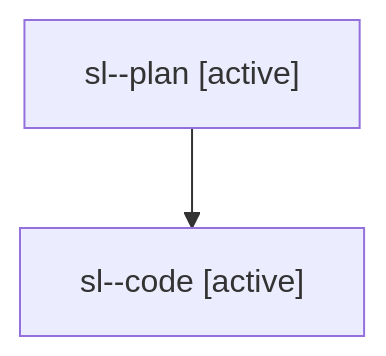
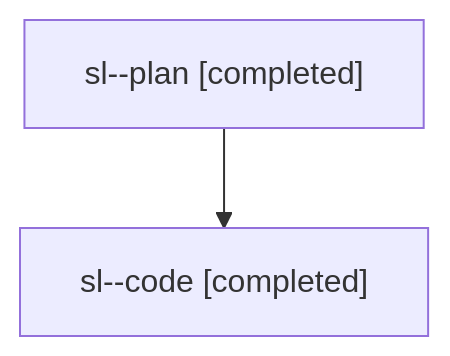
The diagram in families/bbugyi200.athena.sl.md (sase-org/sase--agents), drawn with Mermaid before and after one commit. The commit also changed other lines of this file and 23 other files, not shown here.

````diff
--- a/families/bbugyi200.athena.sl.md
+++ b/families/bbugyi200.athena.sl.md
@@ -9,6 +9,6 @@
 ```mermaid
 flowchart TD
-  n0["sl--plan [active]"]
-  n1["sl--code [active]"]
+  n0["sl--plan [completed]"]
+  n1["sl--code [completed]"]
   n0 --> n1
 ```
````
